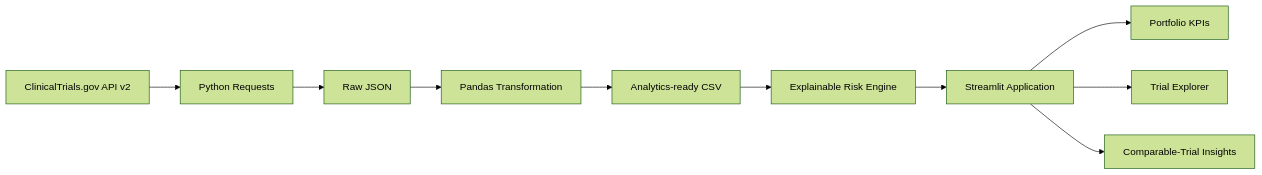
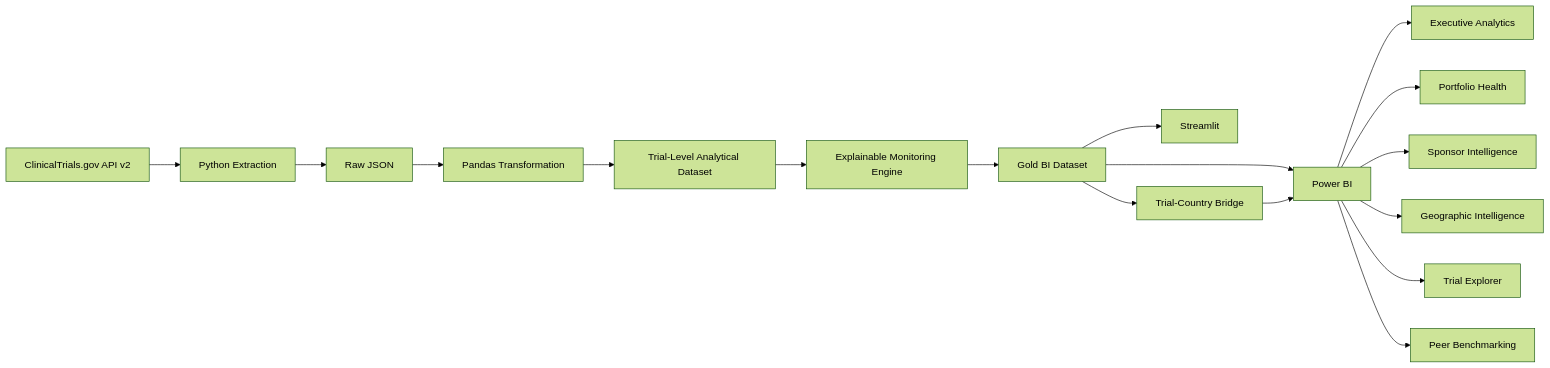
Before and after one commit to gauripushkark/trialpulse-clinical-trial-analytics: the diagram in README.md, drawn with Mermaid (forest theme). The commit also changed other lines of this file, not shown here.

Commit message:
Update README for complete TrialPulse analytics platform

````diff
--- a/README.md
+++ b/README.md
@@ -35,12 +131,21 @@
 ```mermaid
 flowchart LR
-    A[ClinicalTrials.gov API v2] --> B[Python Requests]
+    A[ClinicalTrials.gov API v2] --> B[Python Extraction]
     B --> C[Raw JSON]
     C --> D[Pandas Transformation]
-    D --> E[Analytics-ready CSV]
-    E --> F[Explainable Risk Engine]
-    F --> G[Streamlit Application]
-    G --> H[Portfolio KPIs]
-    G --> I[Trial Explorer]
-    G --> J[Comparable-Trial Insights]
+    D --> E[Trial-Level Analytical Dataset]
+    E --> F[Explainable Monitoring Engine]
+    F --> G[Gold BI Dataset]
+    G --> H[Power BI]
+    G --> I[Streamlit]
+
+    G --> J[Trial-Country Bridge]
+    J --> H
+
+    H --> K[Executive Analytics]
+    H --> L[Portfolio Health]
+    H --> M[Sponsor Intelligence]
+    H --> N[Geographic Intelligence]
+    H --> O[Trial Explorer]
+    H --> P[Peer Benchmarking]
 ```
````
